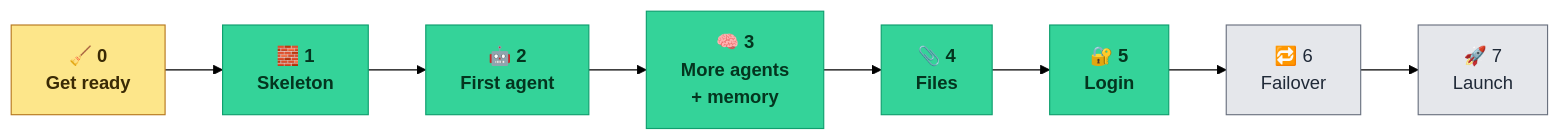
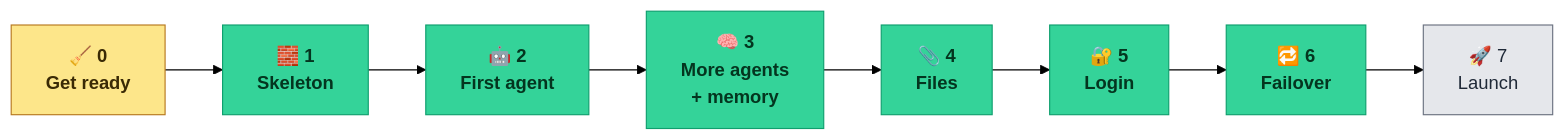
Before and after one commit to anurag-joshi-1403/Multi-Agent-AI-Platform: the first of 6 diagrams in TASKS.md, drawn with Mermaid (forest theme). The commit also changed other lines of this file, not shown here.

First line of the commit message:
docs(tasks): mark Phase 6 done

````diff
--- a/TASKS.md
+++ b/TASKS.md
@@ -37,11 +37,11 @@
 ```mermaid
 flowchart LR
     classDef done fill:#34d399,stroke:#0f9f6e,color:#04351f,font-weight:bold
     classDef doing fill:#fde68a,stroke:#b7791f,color:#3a2a05,font-weight:bold
     classDef todo fill:#e5e7eb,stroke:#6b7280,color:#1f2937
     P0["🧹 0<br/>Get ready"] --> P1["🧱 1<br/>Skeleton"] --> P2["🤖 2<br/>First agent"] --> P3["🧠 3<br/>More agents<br/>+ memory"]
     P3 --> P4["📎 4<br/>Files"] --> P5["🔐 5<br/>Login"] --> P6["🔁 6<br/>Failover"] --> P7["🚀 7<br/>Launch"]
-    class P1,P2,P3,P4,P5 done
+    class P1,P2,P3,P4,P5,P6 done
     class P0 doing
-    class P6,P7 todo
+    class P7 todo
 ```
````
